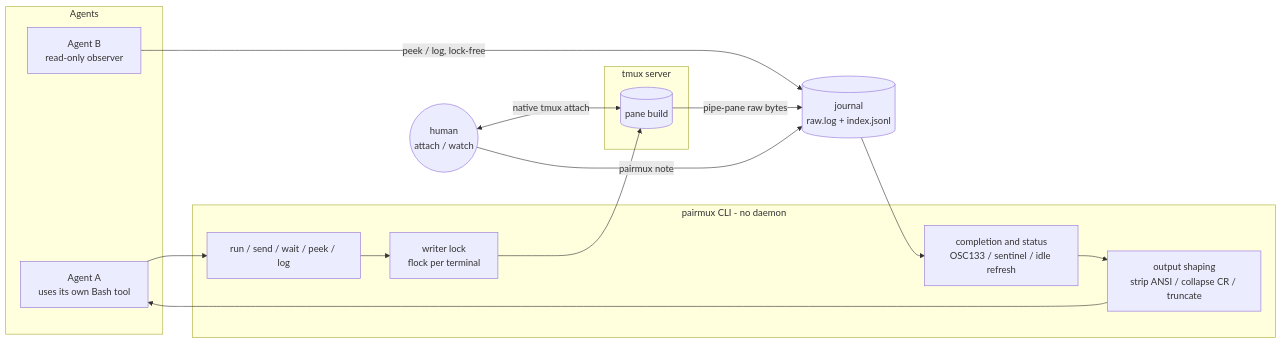
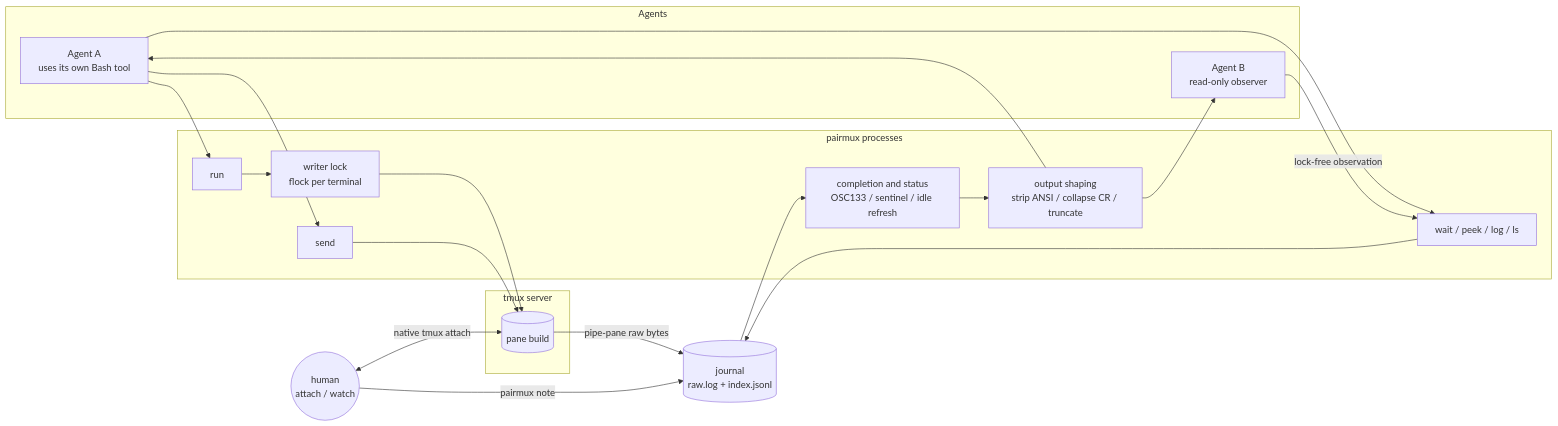
Before and after one commit to treeleaves30760/pairmux: the diagram in website/docs/concepts.md, drawn with Mermaid. The commit also changed other lines of this file and 22 other files, not shown here.

````diff
--- a/website/docs/concepts.md
+++ b/website/docs/concepts.md
@@ -14,25 +17,31 @@
 ```mermaid
 flowchart LR
   subgraph agents [Agents]
     A1[Agent A<br/>uses its own Bash tool]
     A2[Agent B<br/>read-only observer]
   end
-  subgraph cli [pairmux CLI - no daemon]
-    RUN[run / send / wait / peek / log]
+  subgraph cli [pairmux processes]
+    RUN[run]
+    INPUT[send]
+    READ[wait / peek / log / ls]
     LOCK[writer lock<br/>flock per terminal]
     DETECT[completion and status<br/>OSC133 / sentinel / idle refresh]
     SHAPE[output shaping<br/>strip ANSI / collapse CR / truncate]
   end
   subgraph tserver [tmux server]
     P1[(pane build)]
   end
   J[(journal<br/>raw.log + index.jsonl)]
   H((human<br/>attach / watch))
 
   A1 --> RUN --> LOCK --> P1
-  A2 -->|peek / log, lock-free| J
+  A1 --> INPUT --> P1
+  A1 --> READ
+  A2 -->|lock-free observation| READ
+  READ --> J
   P1 -->|pipe-pane raw bytes| J
   J --> DETECT --> SHAPE --> A1
+  SHAPE --> A2
   H <-->|native tmux attach| P1
   H -->|pairmux note| J
 ```
````
